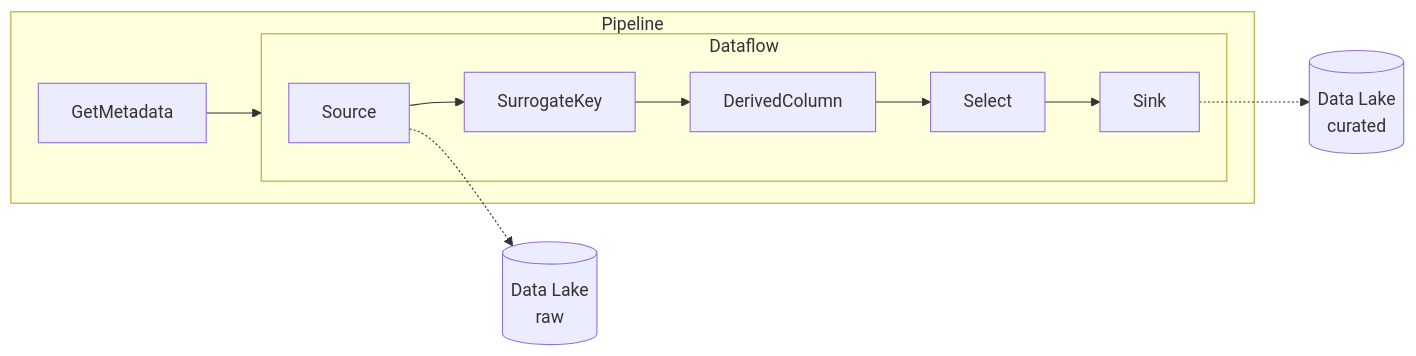
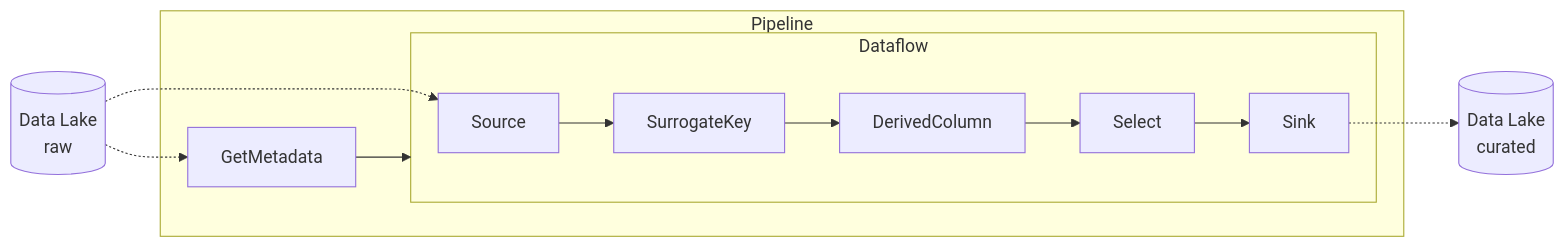
The diagram in modules/module01b.md (tayganr/lakehouse), drawn with Mermaid before and after one commit.

````diff
--- a/modules/module01b.md
+++ b/modules/module01b.md
@@ -14,18 +14,19 @@
 ```mermaid
 flowchart LR
     id1[(Data Lake\nraw)]
     id2[(Data Lake\ncurated)]
     subgraph Pipeline
     GetMetadata-->Dataflow
     end
     subgraph Dataflow
     Source-->SurrogateKey
     SurrogateKey-->DerivedColumn
     DerivedColumn-->Select
     Select-->Sink
     end
-    Source-.->id1
+    id1-.->GetMetadata
+    id1-.->Source
     Sink-.->id2
     click GetMetadata "https://github.com/tayganr/lakehouse/blob/main/modules/module01b.md#1-Pipeline-initialLoad"
     click Source "https://github.com/tayganr/lakehouse/blob/main/modules/module01b.md#2-Data-flow-Source---rawCustomer"
 ```
````
